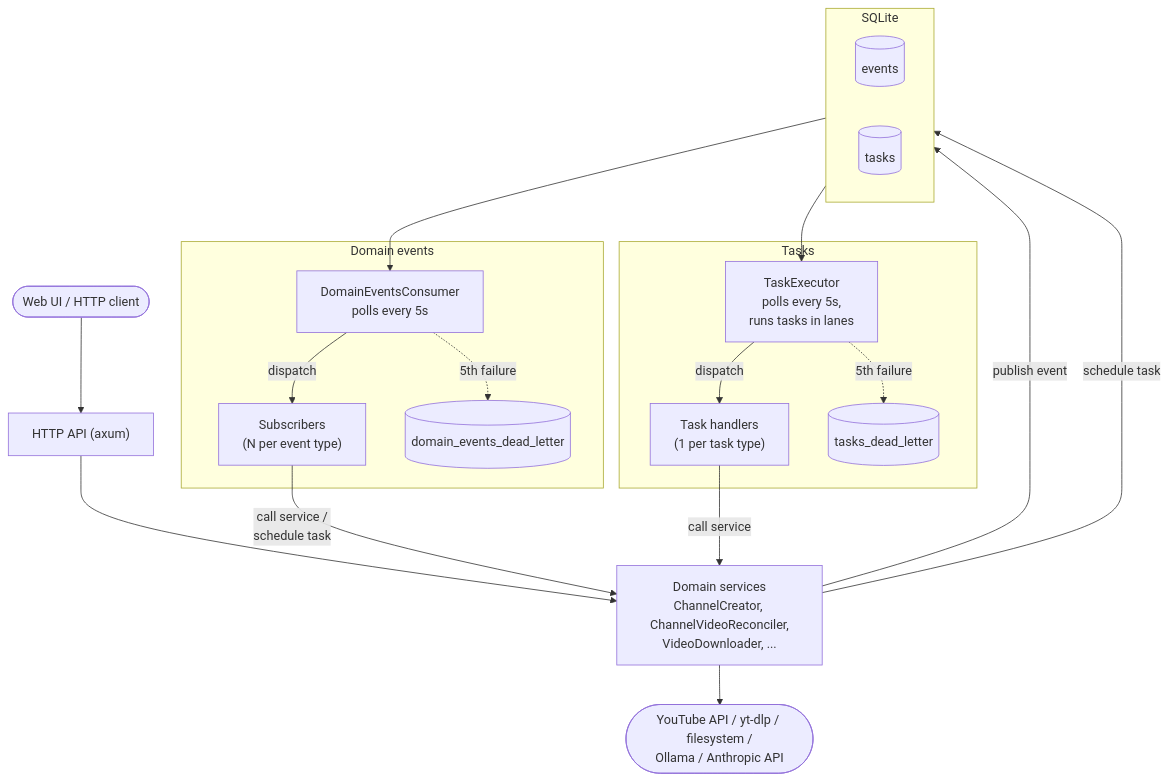
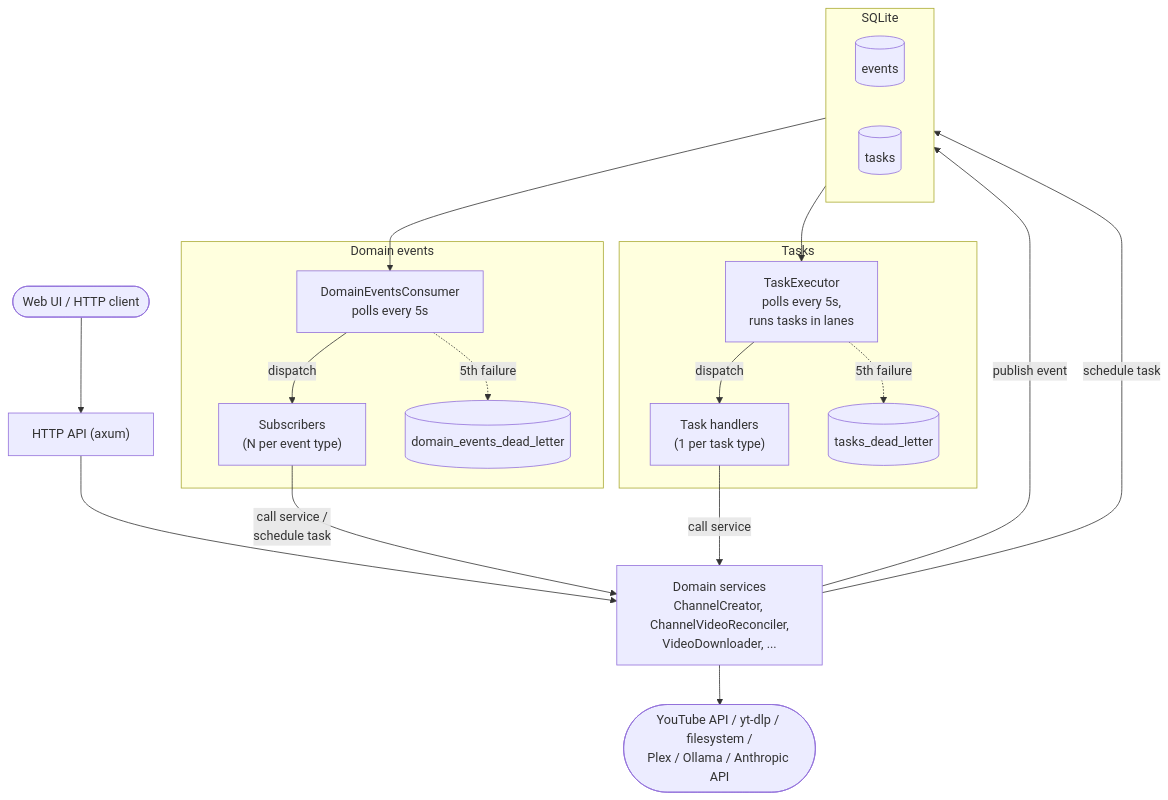
Before and after one commit to sergigp/yarrtube: the first of 2 diagrams in doc/ARCHITECTURE.md, drawn with Mermaid. The commit also changed other lines of this file and 51 other files, not shown here.

````diff
--- a/doc/ARCHITECTURE.md
+++ b/doc/ARCHITECTURE.md
@@ -11,38 +14,38 @@
 ```mermaid
 flowchart TB
     client(["Web UI / HTTP client"])
     api["HTTP API (axum)"]
     services["Domain services<br/>ChannelCreator, ChannelVideoReconciler,<br/>VideoDownloader, ..."]
-    external(["YouTube API / yt-dlp / filesystem /<br/>Ollama / Anthropic API"])
+    external(["YouTube API / yt-dlp / filesystem /<br/>Plex / Ollama / Anthropic API"])
 
     subgraph db["SQLite"]
         direction LR
         events[("events")]
         tasks[("tasks")]
     end
 
     subgraph events_side["Domain events"]
         consumer["DomainEventsConsumer<br/>polls every 5s"]
         subscribers["Subscribers<br/>(N per event type)"]
         events_dl[("domain_events_dead_letter")]
     end
 
     subgraph tasks_side["Tasks"]
         executor["TaskExecutor<br/>polls every 5s,<br/>runs tasks in lanes"]
         handlers["Task handlers<br/>(1 per task type)"]
         tasks_dl[("tasks_dead_letter")]
     end
 
     client --> api --> services
     services --> external
     services -- "publish event" --> events
     services -- "schedule task" --> tasks
 
     events --> consumer -- "dispatch" --> subscribers
     consumer -. "5th failure" .-> events_dl
     tasks --> executor -- "dispatch" --> handlers
     executor -. "5th failure" .-> tasks_dl
 
     subscribers -- "call service /<br/>schedule task" --> services
     handlers -- "call service" --> services
 ```
````
